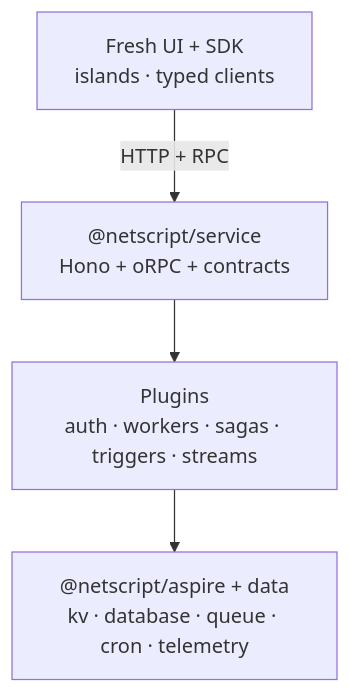
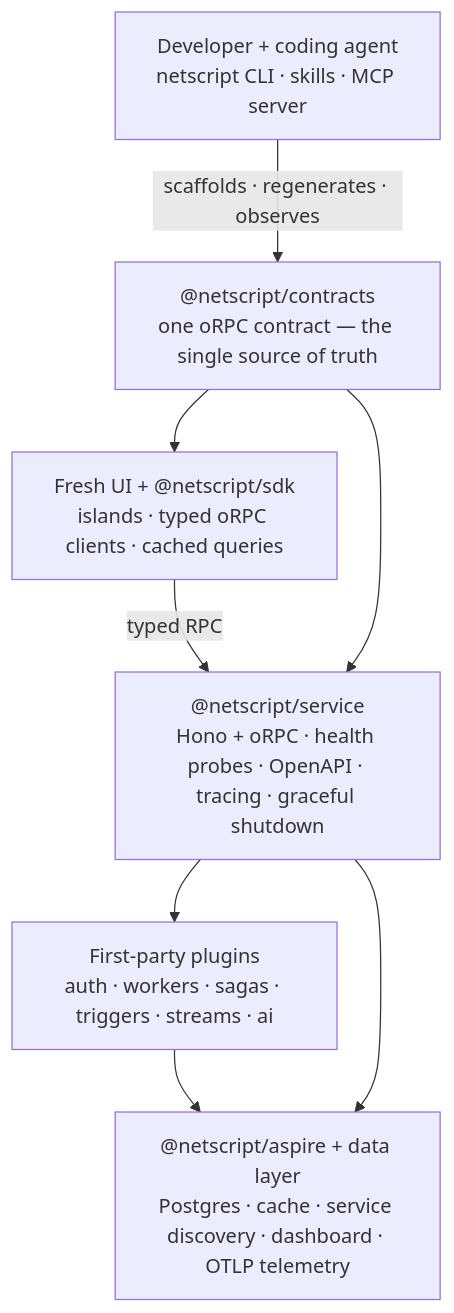
One commit to rickylabs/netscript changed the diagram in README.md. Above: the diagram before and after it, drawn with Mermaid. The commit also changed other lines of this file and 10 other files, not shown here.

````diff
--- a/README.md
+++ b/README.md
@@ -115,7 +84,17 @@
 ```mermaid
 flowchart TD
-  UI["Fresh UI + SDK<br/>islands · typed clients"] -->|HTTP + RPC| SVC
-  SVC["@netscript/service<br/>Hono + oRPC + contracts"] --> PLUGINS
-  PLUGINS["Plugins<br/>auth · workers · sagas · triggers · streams"] --> PLATFORM
-  PLATFORM["@netscript/aspire + data<br/>kv · database · queue · cron · telemetry"]
+  AGENT["Developer + coding agent<br/>netscript CLI · skills · MCP server"]
+  UI["Fresh UI + @netscript/sdk<br/>islands · typed oRPC clients · cached queries"]
+  CONTRACT["@netscript/contracts<br/>one oRPC contract — the single source of truth"]
+  SVC["@netscript/service<br/>Hono + oRPC · health probes · OpenAPI · tracing · graceful shutdown"]
+  PLUGINS["First-party plugins<br/>auth · workers · sagas · triggers · streams · ai"]
+  PLATFORM["@netscript/aspire + data layer<br/>Postgres · cache · service discovery · dashboard · OTLP telemetry"]
+
+  AGENT -->|"scaffolds · regenerates · observes"| CONTRACT
+  UI -->|"typed RPC"| SVC
+  CONTRACT --> SVC
+  CONTRACT --> UI
+  SVC --> PLUGINS
+  PLUGINS --> PLATFORM
+  SVC --> PLATFORM
 ```
````
